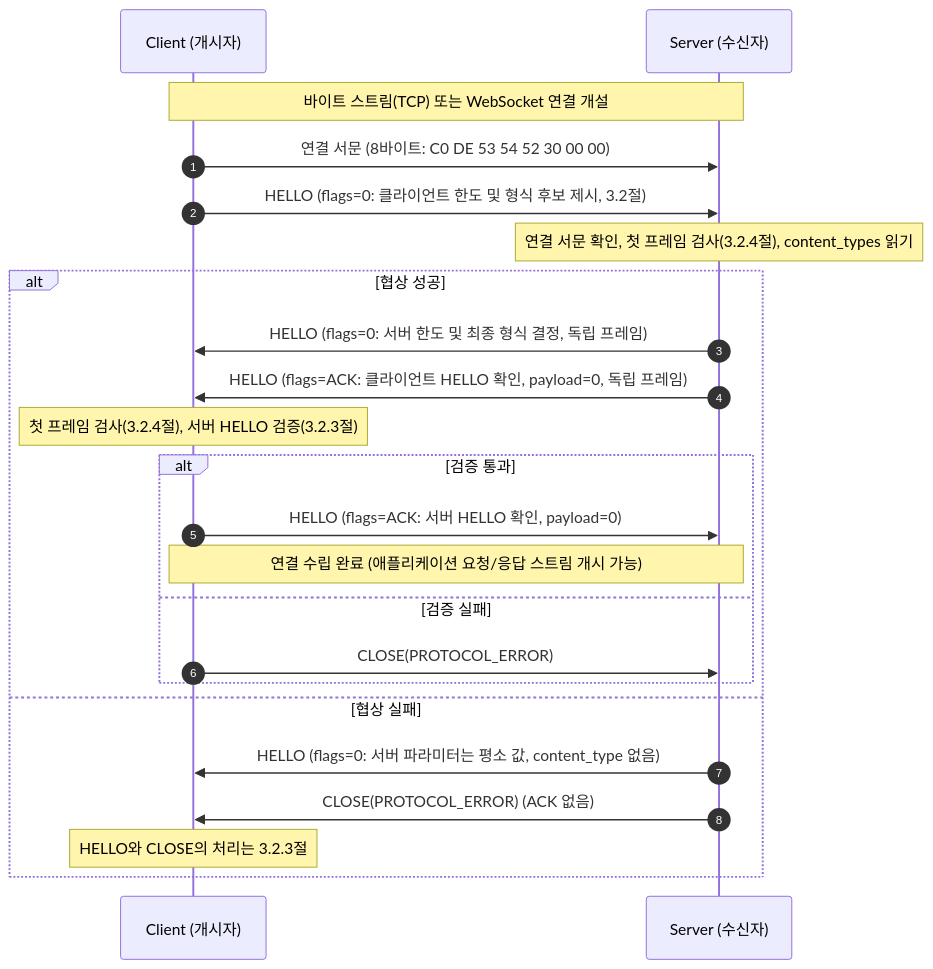
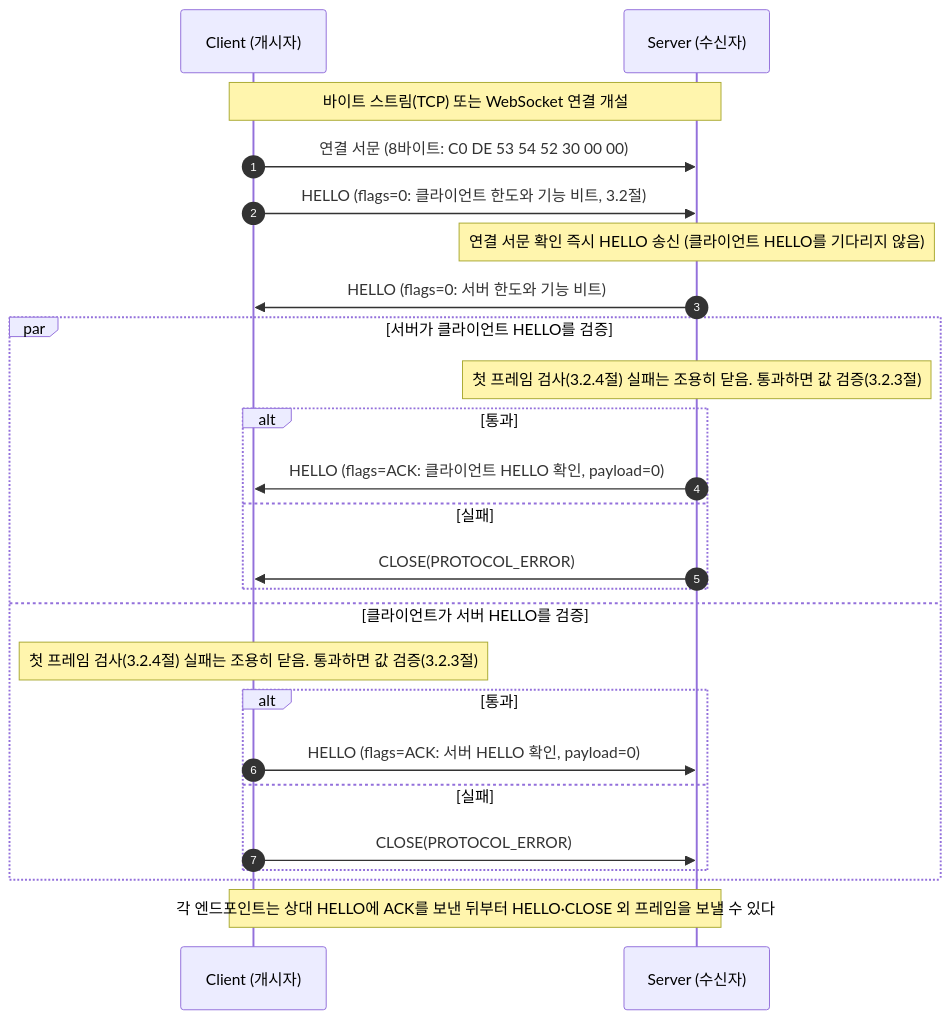
Before and after one commit to ppzxc/strand: the first of 3 diagrams in docs/specification/STRAND_SPECIFICATION.md, drawn with Mermaid. The commit also changed other lines of this file and 5 other files, not shown here.

````diff
--- a/docs/specification/STRAND_SPECIFICATION.md
+++ b/docs/specification/STRAND_SPECIFICATION.md
@@ -425,28 +337,31 @@
 ```mermaid
 sequenceDiagram
     autonumber
     participant C as Client (개시자)
     participant S as Server (수신자)
 
     Note over C,S: 바이트 스트림(TCP) 또는 WebSocket 연결 개설
     C->>S: 연결 서문 (8바이트: C0 DE 53 54 52 30 00 00)
-    C->>S: HELLO (flags=0: 클라이언트 한도 및 형식 후보 제시, 3.2절)
+    C->>S: HELLO (flags=0: 클라이언트 한도와 기능 비트, 3.2절)
 
-    Note over S: 연결 서문 확인, 첫 프레임 검사(3.2.4절), content_types 읽기
-    alt 협상 성공
-        S->>C: HELLO (flags=0: 서버 한도 및 최종 형식 결정, 독립 프레임)
-        S->>C: HELLO (flags=ACK: 클라이언트 HELLO 확인, payload=0, 독립 프레임)
+    Note over S: 연결 서문 확인 즉시 HELLO 송신 (클라이언트 HELLO를 기다리지 않음)
+    S->>C: HELLO (flags=0: 서버 한도와 기능 비트)
 
-        Note over C: 첫 프레임 검사(3.2.4절), 서버 HELLO 검증(3.2.3절)
-        alt 검증 통과
+    par 서버가 클라이언트 HELLO를 검증
+        Note over S: 첫 프레임 검사(3.2.4절) 실패는 조용히 닫음. 통과하면 값 검증(3.2.3절)
+        alt 통과
+            S->>C: HELLO (flags=ACK: 클라이언트 HELLO 확인, payload=0)
+        else 실패
+            S->>C: CLOSE(PROTOCOL_ERROR)
+        end
+    and 클라이언트가 서버 HELLO를 검증
+        Note over C: 첫 프레임 검사(3.2.4절) 실패는 조용히 닫음. 통과하면 값 검증(3.2.3절)
+        alt 통과
             C->>S: HELLO (flags=ACK: 서버 HELLO 확인, payload=0)
-            Note over C,S: 연결 수립 완료 (애플리케이션 요청/응답 스트림 개시 가능)
-        else 검증 실패
+        else 실패
             C->>S: CLOSE(PROTOCOL_ERROR)
         end
-    else 협상 실패
-        S->>C: HELLO (flags=0: 서버 파라미터는 평소 값, content_type 없음)
-        S->>C: CLOSE(PROTOCOL_ERROR) (ACK 없음)
-        Note over C: HELLO와 CLOSE의 처리는 3.2.3절
     end
+
+    Note over C,S: 각 엔드포인트는 상대 HELLO에 ACK를 보낸 뒤부터 HELLO·CLOSE 외 프레임을 보낼 수 있다
 ```
````
